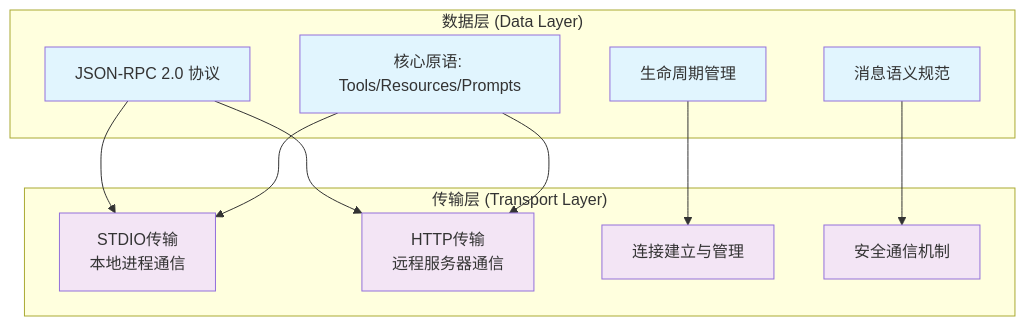
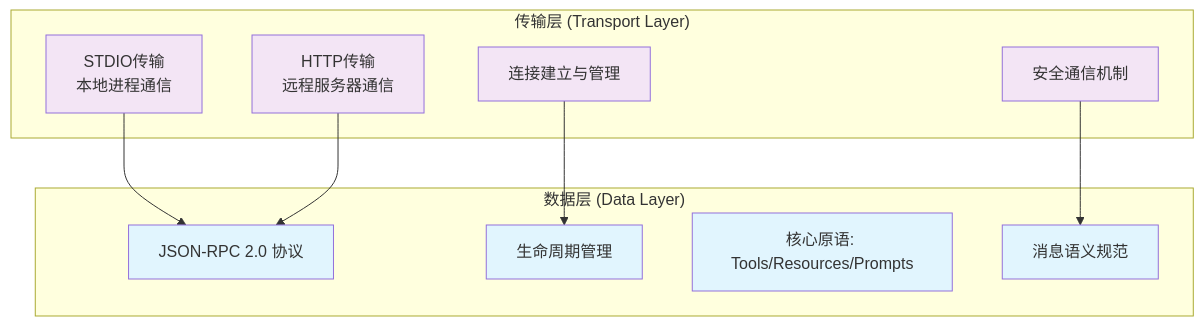
Before and after one commit to yxzf/claude-code-guide: the second of 3 diagrams in mcp/MCP完整指南-重构版.md, drawn with Mermaid. The commit also changed other lines of this file, not shown here.

First line of the commit message:
精简第二章内容：移除冗余图表，修正架构逻辑

````diff
--- a/mcp/MCP完整指南-重构版.md
+++ b/mcp/MCP完整指南-重构版.md
@@ -303,32 +297,30 @@
 ```mermaid
 graph TB
     subgraph "数据层 (Data Layer)"
         DL1[JSON-RPC 2.0 协议]
         DL2[生命周期管理]
         DL3[核心原语: Tools/Resources/Prompts]
         DL4[消息语义规范]
     end
     
     subgraph "传输层 (Transport Layer)"
         TL1[STDIO传输<br/>本地进程通信]
         TL2[HTTP传输<br/>远程服务器通信]
         TL3[连接建立与管理]
         TL4[安全通信机制]
     end
     
-    DL1 --> TL1
-    DL1 --> TL2
-    DL2 --> TL3
-    DL3 --> TL1
-    DL3 --> TL2
-    DL4 --> TL4
+    TL1 --> DL1
+    TL2 --> DL1
+    TL3 --> DL2
+    TL4 --> DL4
     
     style DL1 fill:#e1f5fe
     style DL2 fill:#e1f5fe
     style DL3 fill:#e1f5fe
     style DL4 fill:#e1f5fe
     style TL1 fill:#f3e5f5
     style TL2 fill:#f3e5f5
     style TL3 fill:#f3e5f5
     style TL4 fill:#f3e5f5
 ```
````
